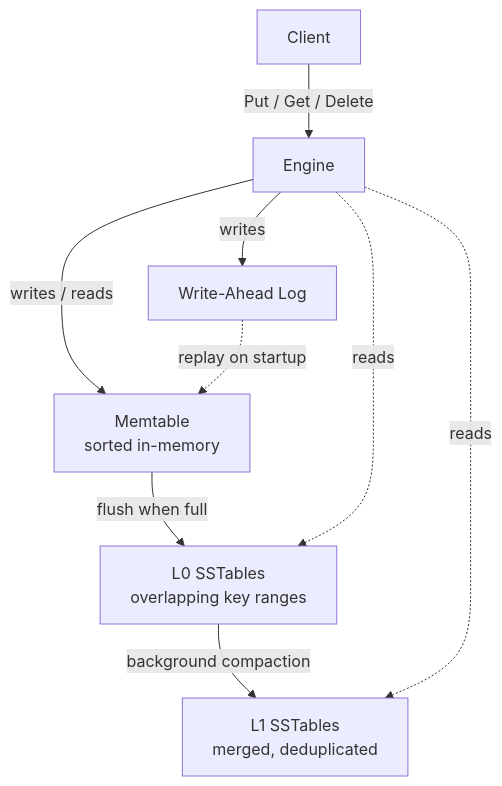
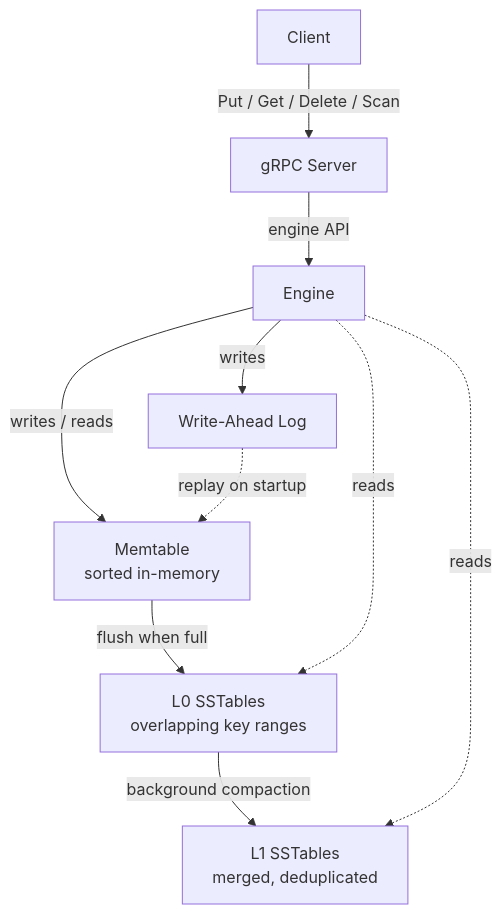
Before and after one commit to IsaacCheng9/kv-engine: the diagram in README.md, drawn with Mermaid. The commit also changed other lines of this file and 18 other files, not shown here.

First line of the commit message:
feat: Add server-streaming `Scan` RPC over gRPC (#37)

````diff
--- a/README.md
+++ b/README.md
@@ -41,11 +43,12 @@
 ```mermaid
 flowchart TD
-    client[Client] -->|Put / Get / Delete| engine[Engine]
+    client[Client] -->|Put / Get / Delete / Scan| grpc[gRPC Server]
+    grpc -->|engine API| engine[Engine]
     engine -->|writes| wal[Write-Ahead Log]
     engine -->|writes / reads| memtable[Memtable<br/>sorted in-memory]
     memtable -->|flush when full| l0[L0 SSTables<br/>overlapping key ranges]
     l0 -->|background compaction| l1[L1 SSTables<br/>merged, deduplicated]
     engine -.reads.-> l0
     engine -.reads.-> l1
     wal -.replay on startup.-> memtable
 ```
````
